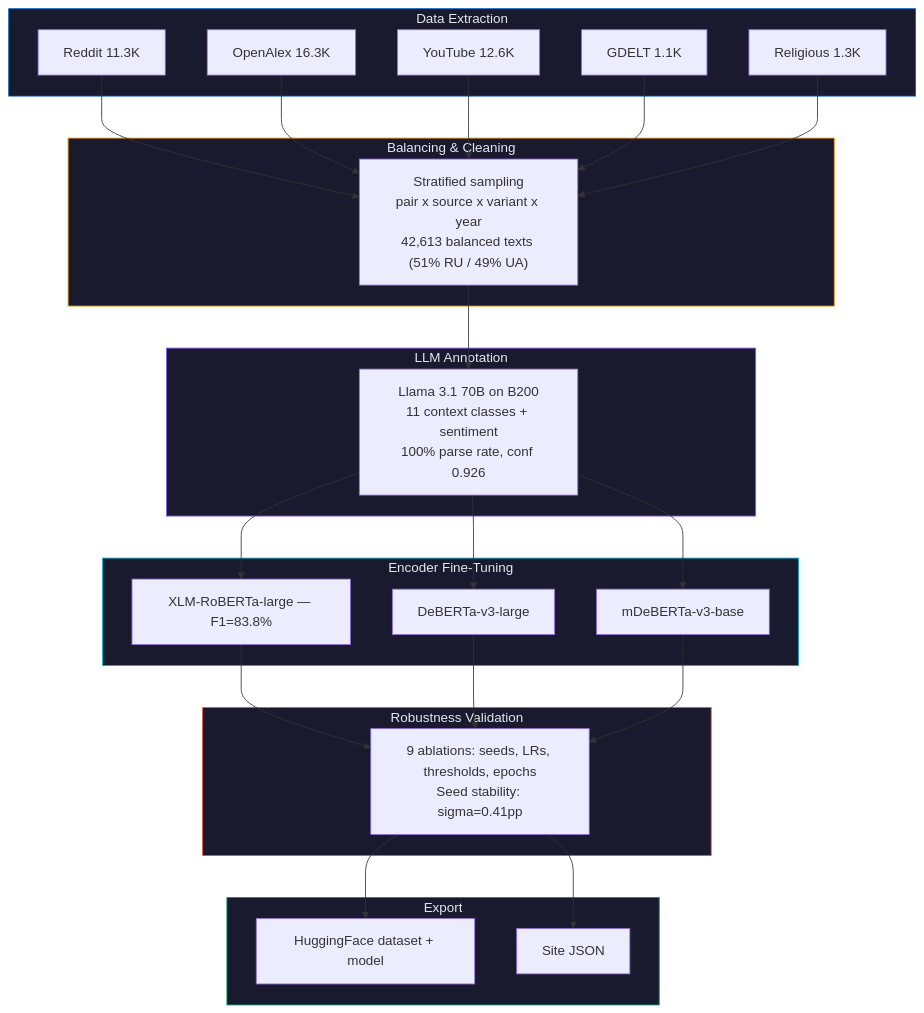
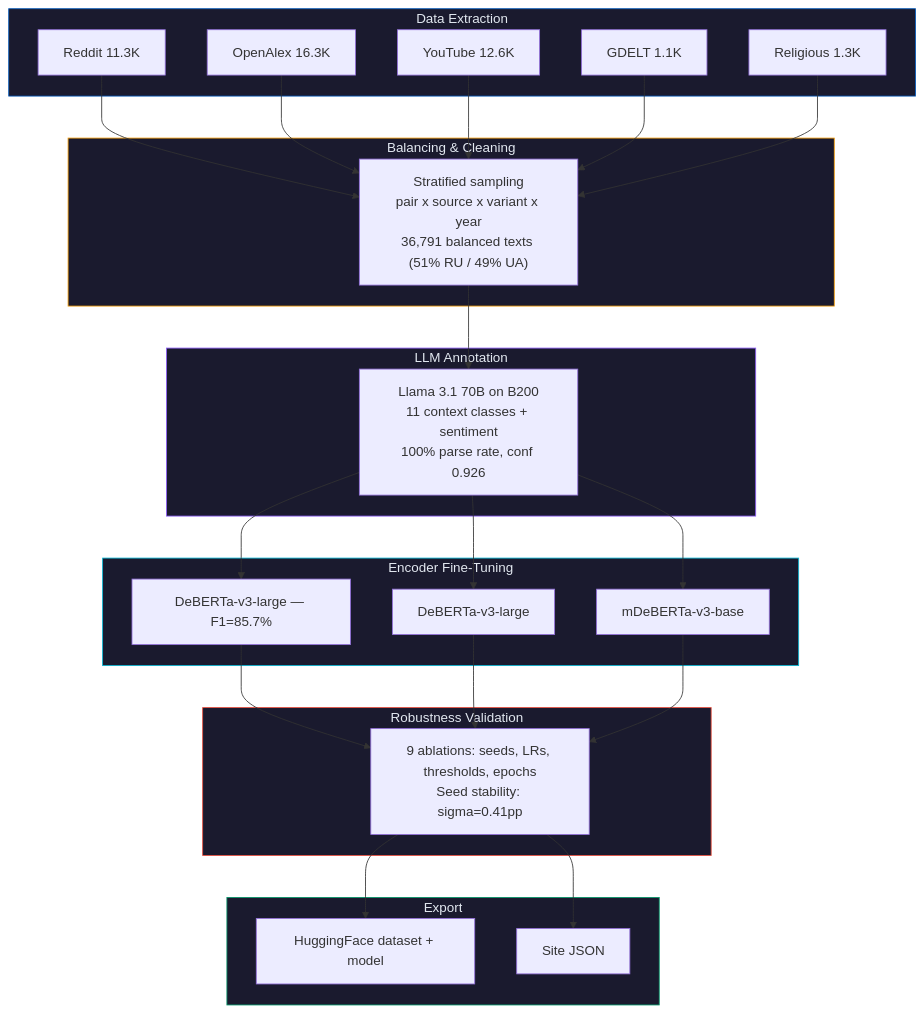
The diagram in pipeline/cl/README.md (IvanDobrovolsky/kyivnotkiev), drawn with Mermaid before and after one commit. The commit also changed other lines of this file and 72 other files, not shown here.

````diff
--- a/pipeline/cl/README.md
+++ b/pipeline/cl/README.md
@@ -22,41 +22,41 @@
 ```mermaid
 flowchart TD
     subgraph Extract["Data Extraction"]
         style Extract fill:#1a1a2e,stroke:#0057B8,color:#e2e8f0
         R["Reddit 11.3K"]
         OA["OpenAlex 16.3K"]
         YT["YouTube 12.6K"]
         G["GDELT 1.1K"]
         Rel["Religious 1.3K"]
     end
 
     subgraph Balance["Balancing & Cleaning"]
         style Balance fill:#1a1a2e,stroke:#f59e0b,color:#e2e8f0
-        B["Stratified sampling<br/>pair x source x variant x year<br/>42,613 balanced texts (51% RU / 49% UA)"]
+        B["Stratified sampling<br/>pair x source x variant x year<br/>36,791 balanced texts (51% RU / 49% UA)"]
     end
 
     subgraph Annotate["LLM Annotation"]
         style Annotate fill:#1a1a2e,stroke:#8b5cf6,color:#e2e8f0
         L["Llama 3.1 70B on B200<br/>11 context classes + sentiment<br/>100% parse rate, conf 0.926"]
     end
 
     subgraph Finetune["Encoder Fine-Tuning"]
         style Finetune fill:#1a1a2e,stroke:#06b6d4,color:#e2e8f0
-        X["XLM-RoBERTa-large — F1=83.8%"]
+        X["DeBERTa-v3-large — F1=85.7%"]
         D["DeBERTa-v3-large"]
         M["mDeBERTa-v3-base"]
     end
 
     subgraph Robust["Robustness Validation"]
         style Robust fill:#1a1a2e,stroke:#E74C3C,color:#e2e8f0
         RV["9 ablations: seeds, LRs, thresholds, epochs<br/>Seed stability: sigma=0.41pp"]
     end
 
     subgraph Export["Export"]
         style Export fill:#1a1a2e,stroke:#059669,color:#e2e8f0
         HF["HuggingFace dataset + model"]
         SJ["Site JSON"]
     end
 
     R & OA & YT & G & Rel --> B --> L --> X & D & M --> RV --> HF & SJ
 ```
````
